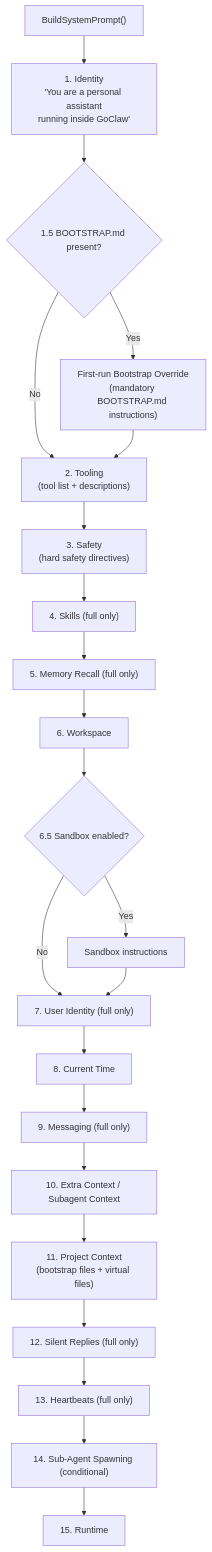
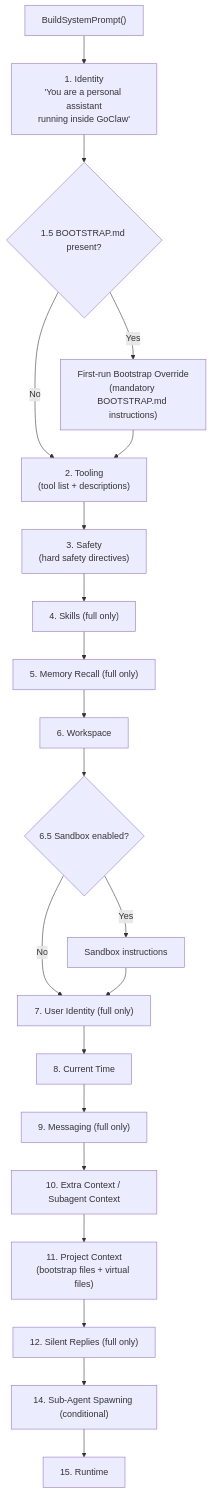
One commit to qkhalk/goclaw changed the third of 13 diagrams in docs/07-bootstrap-skills-memory.md. Above: the diagram before and after it, drawn with Mermaid. The commit also changed other lines of this file and 182 other files, not shown here.

````diff
--- a/docs/07-bootstrap-skills-memory.md
+++ b/docs/07-bootstrap-skills-memory.md
@@ -138,24 +115,23 @@
 ```mermaid
 flowchart TD
     START["BuildSystemPrompt()"] --> S1["1. Identity<br/>'You are a personal assistant<br/>running inside GoClaw'"]
     S1 --> S1_5{"1.5 BOOTSTRAP.md present?"}
     S1_5 -->|Yes| BOOT["First-run Bootstrap Override<br/>(mandatory BOOTSTRAP.md instructions)"]
     S1_5 -->|No| S2
     BOOT --> S2["2. Tooling<br/>(tool list + descriptions)"]
     S2 --> S3["3. Safety<br/>(hard safety directives)"]
     S3 --> S4["4. Skills (full only)"]
     S4 --> S5["5. Memory Recall (full only)"]
     S5 --> S6["6. Workspace"]
     S6 --> S6_5{"6.5 Sandbox enabled?"}
     S6_5 -->|Yes| SBX["Sandbox instructions"]
     S6_5 -->|No| S7
     SBX --> S7["7. User Identity (full only)"]
     S7 --> S8["8. Current Time"]
     S8 --> S9["9. Messaging (full only)"]
     S9 --> S10["10. Extra Context / Subagent Context"]
     S10 --> S11["11. Project Context<br/>(bootstrap files + virtual files)"]
     S11 --> S12["12. Silent Replies (full only)"]
-    S12 --> S13["13. Heartbeats (full only)"]
-    S13 --> S14["14. Sub-Agent Spawning (conditional)"]
+    S12 --> S14["14. Sub-Agent Spawning (conditional)"]
     S14 --> S15["15. Runtime"]
 ```
````
